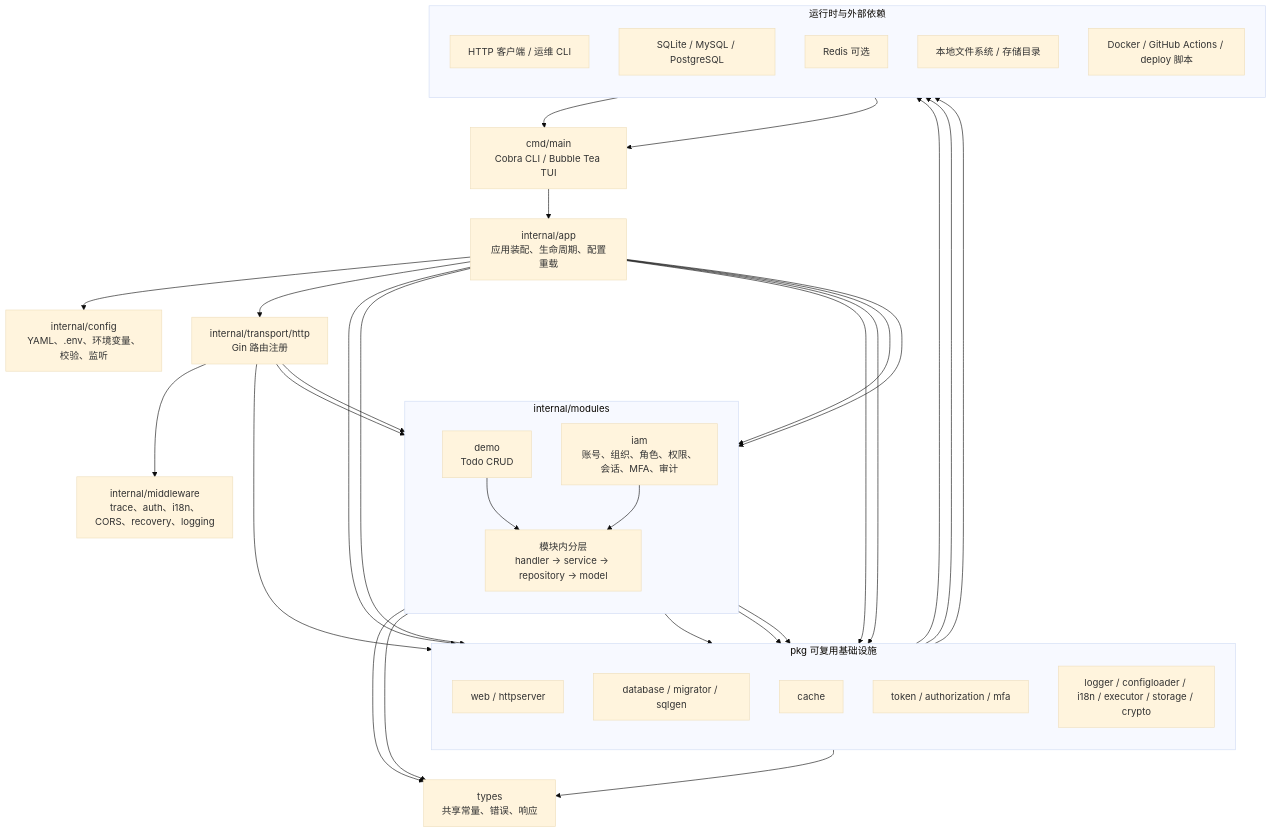
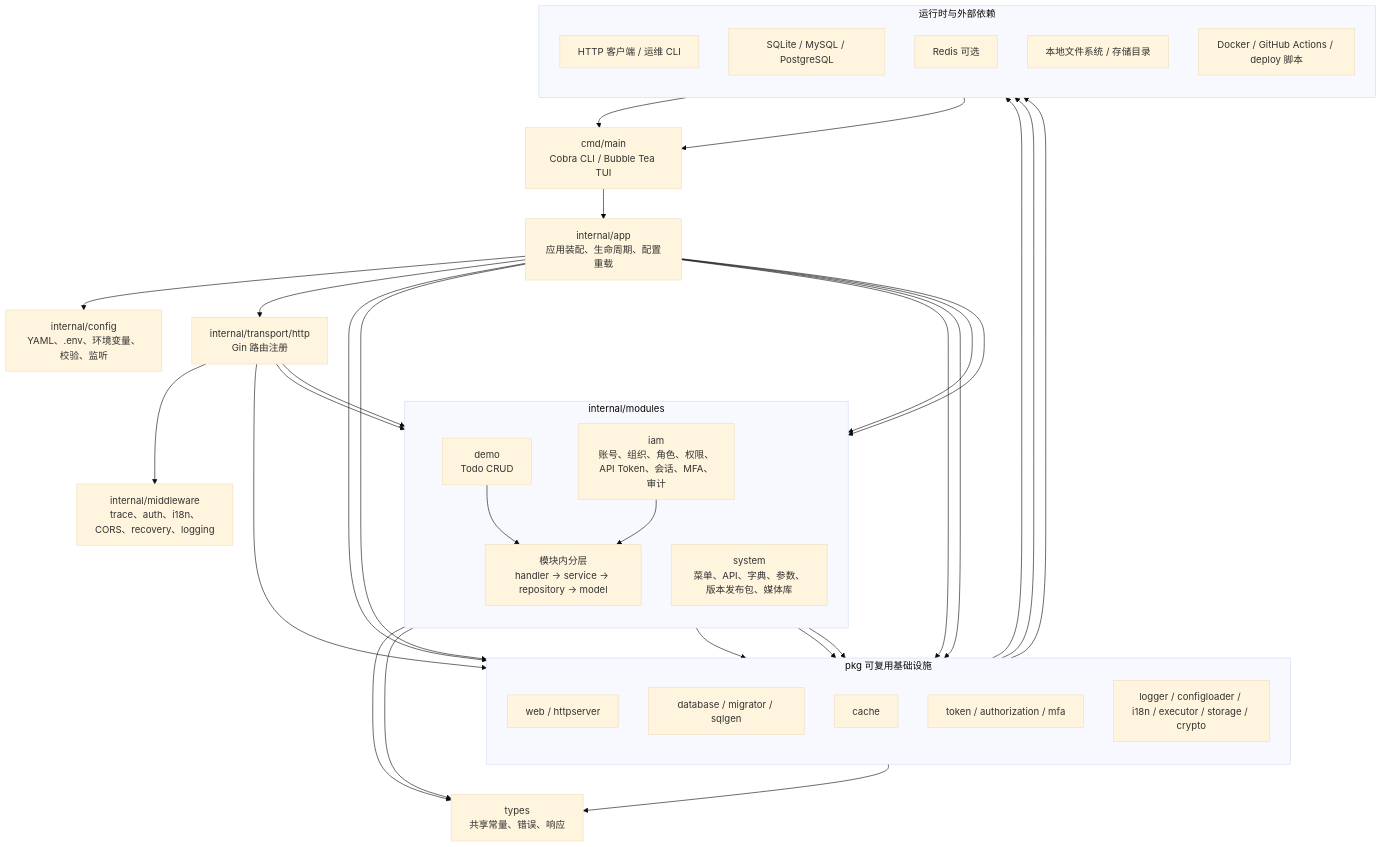
The diagram in docs/README.md (rin721/aoi-server), drawn with Mermaid (base theme) before and after one commit. The commit also changed other lines of this file and 47 other files, not shown here.

````diff
--- a/docs/README.md
+++ b/docs/README.md
@@ -47,61 +48,62 @@
 ```mermaid
 flowchart TB
   CLI["cmd/main<br/>Cobra CLI / Bubble Tea TUI"]
   App["internal/app<br/>应用装配、生命周期、配置重载"]
   Config["internal/config<br/>YAML、.env、环境变量、校验、监听"]
   HTTP["internal/transport/http<br/>Gin 路由注册"]
   Middleware["internal/middleware<br/>trace、auth、i18n、CORS、recovery、logging"]
   Types["types<br/>共享常量、错误、响应"]
 
   subgraph Modules["internal/modules"]
     direction TB
     Demo["demo<br/>Todo CRUD"]
-    IAM["iam<br/>账号、组织、角色、权限、会话、MFA、审计"]
+    IAM["iam<br/>账号、组织、角色、权限、API Token、会话、MFA、审计"]
+    System["system<br/>菜单、API、字典、参数、版本发布包、媒体库"]
     ModuleShape["模块内分层<br/>handler -> service -> repository -> model"]
   end
 
   subgraph Packages["pkg 可复用基础设施"]
     direction TB
     Web["web / httpserver"]
     DB["database / migrator / sqlgen"]
     Cache["cache"]
     Auth["token / authorization / mfa"]
     Infra["logger / configloader / i18n / executor / storage / crypto"]
   end
 
   subgraph Runtime["运行时与外部依赖"]
     direction TB
     Client["HTTP 客户端 / 运维 CLI"]
     Store["SQLite / MySQL / PostgreSQL"]
     Redis["Redis 可选"]
     Files["本地文件系统 / 存储目录"]
     Deploy["Docker / GitHub Actions / deploy 脚本"]
   end
 
   Client --> CLI
   CLI --> App
   App --> Config
   App --> Web
   App --> DB
   App --> Cache
   App --> Infra
   App --> Demo
   App --> IAM
   App --> HTTP
   HTTP --> Middleware
   HTTP --> Demo
   HTTP --> IAM
   Demo --> ModuleShape
   IAM --> ModuleShape
   ModuleShape --> DB
   IAM --> Auth
   IAM --> Cache
   HTTP --> Web
   Demo --> Types
   IAM --> Types
   Web --> Types
   DB --> Store
   Cache --> Redis
   Infra --> Files
   Deploy --> CLI
 ```
````
